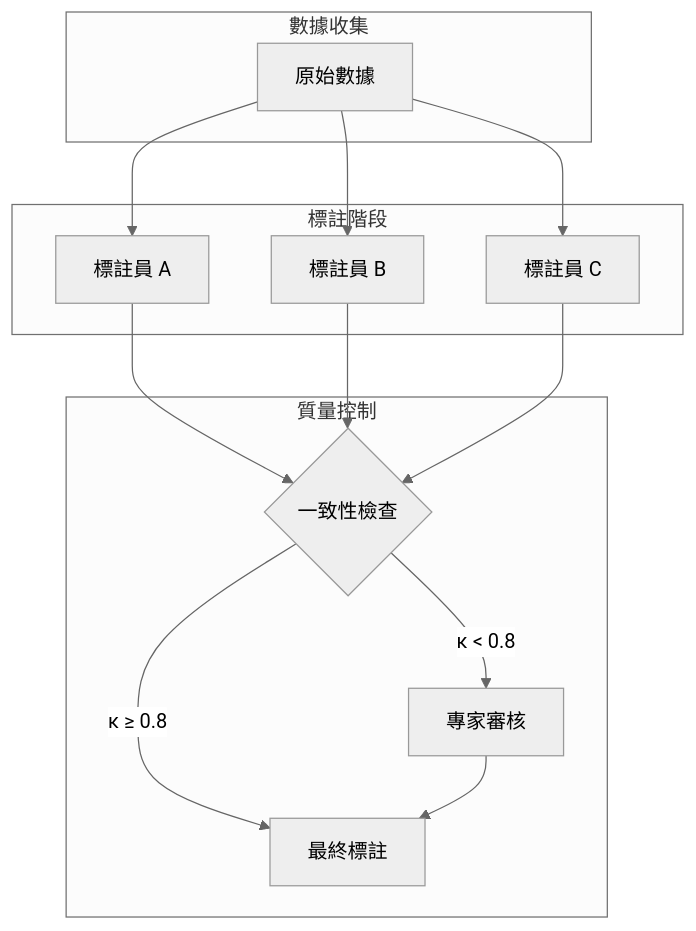
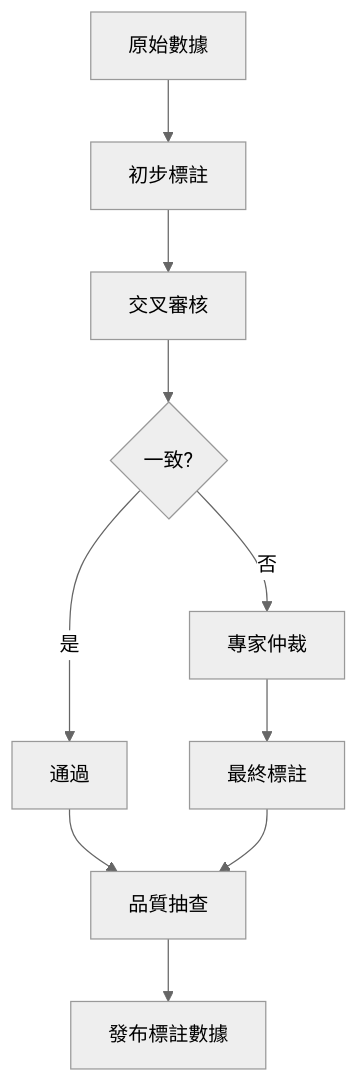
One commit to CaoCharles/llm-evaluation-notes changed the third of 3 diagrams in docs/benchmarking/golden-datasets/lifecycle.md. Above: the diagram before and after it, drawn with Mermaid (neutral theme). The commit also changed other lines of this file and 5 other files, not shown here.

````diff
--- a/docs/benchmarking/golden-datasets/lifecycle.md
+++ b/docs/benchmarking/golden-datasets/lifecycle.md
@@ -107,28 +333,12 @@
 ```mermaid
 graph TB
-    subgraph collection["數據收集"]
-        Raw["原始數據"]
-    end
-    
-    subgraph annotation["標註階段"]
-        L1["標註員 A"]
-        L2["標註員 B"]
-        L3["標註員 C"]
-    end
-    
-    subgraph quality["質量控制"]
-        Agree{"一致性檢查"}
-        Review["專家審核"]
-        Final["最終標註"]
-    end
-    
-    Raw --> L1
-    Raw --> L2
-    Raw --> L3
-    L1 --> Agree
-    L2 --> Agree
-    L3 --> Agree
-    Agree -->|"κ ≥ 0.8"| Final
-    Agree -->|"κ < 0.8"| Review
-    Review --> Final
+    A["原始數據"] --> B["初步標註"]
+    B --> C["交叉審核"]
+    C --> D{"一致?"}
+    D -->|是| E["通過"]
+    D -->|否| F["專家仲裁"]
+    F --> G["最終標註"]
+    E --> H["品質抽查"]
+    G --> H
+    H --> I["發布標註數據"]
 ```
````
